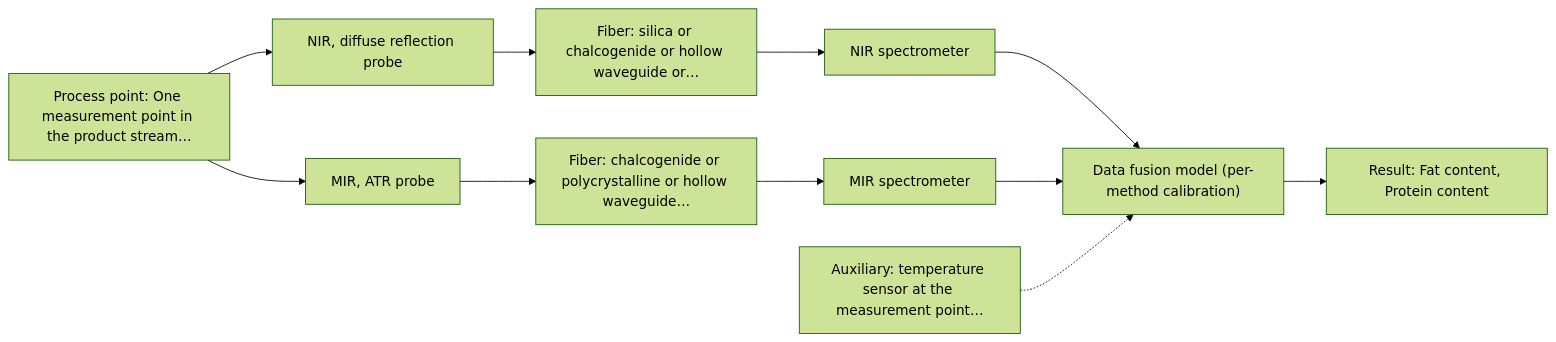
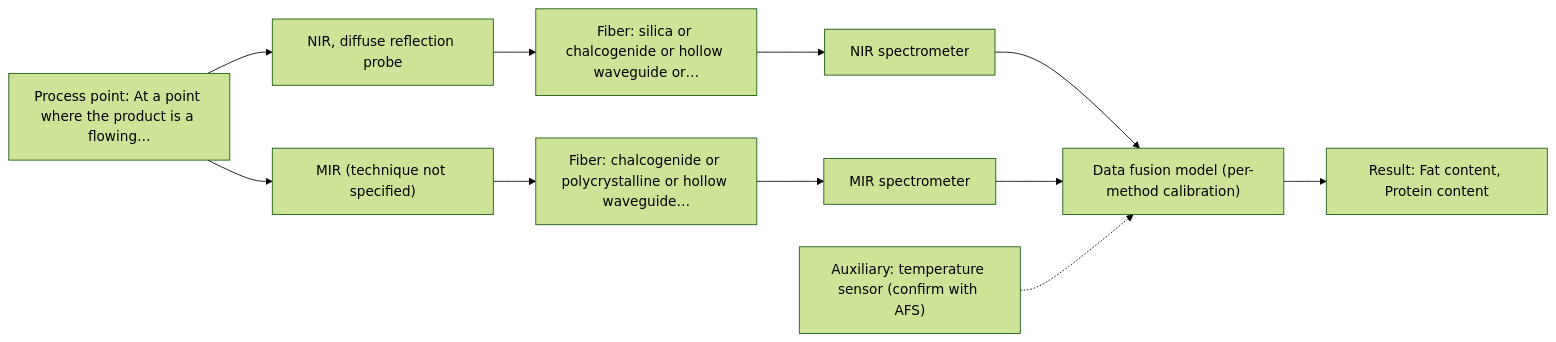
The second of 2 diagrams in outputs/dev/D02.md (sleipnir029/Afs-Spectroscopy-Assistant), drawn with Mermaid (forest theme) before and after one commit. The commit also changed other lines of this file and 18 other files, not shown here.

````diff
--- a/outputs/dev/D02.md
+++ b/outputs/dev/D02.md
@@ -74,23 +62,23 @@
 ```mermaid
 flowchart LR
-    proc["Process point: One measurement point in the product stream…"]
+    proc["Process point: At a point where the product is a flowing…"]
     probe1["NIR, diffuse reflection probe"]
     fiber1["Fiber: silica or chalcogenide or hollow waveguide or…"]
     spec1["NIR spectrometer"]
-    probe2["MIR, ATR probe"]
+    probe2["MIR (technique not specified)"]
     fiber2["Fiber: chalcogenide or polycrystalline or hollow waveguide…"]
     spec2["MIR spectrometer"]
     model["Data fusion model (per-method calibration)"]
     result["Result: Fat content, Protein content"]
-    aux1["Auxiliary: temperature sensor at the measurement point…"]
+    aux1["Auxiliary: temperature sensor (confirm with AFS)"]
     proc --> probe1
     probe1 --> fiber1
     fiber1 --> spec1
     spec1 --> model
     proc --> probe2
     probe2 --> fiber2
     fiber2 --> spec2
     spec2 --> model
     model --> result
     aux1 -.-> model
 ```
````
